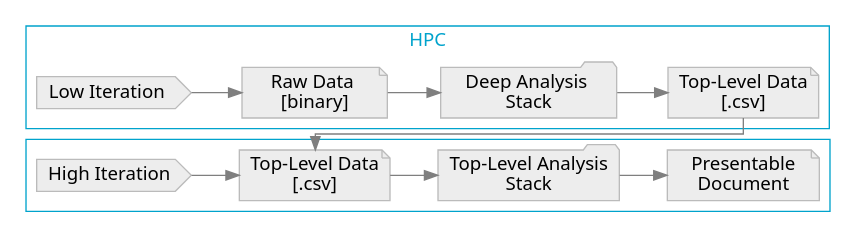
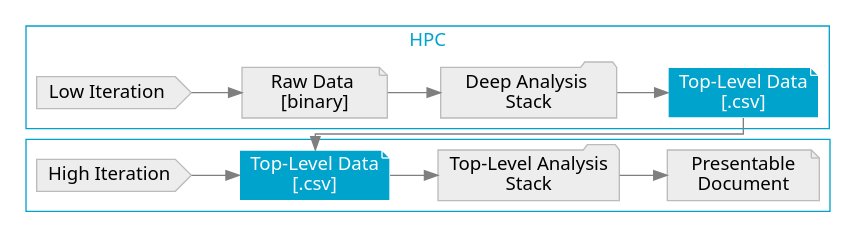
One commit to TheChymera/RepSeP changed the diagram in data/workflow.dot. Above: the diagram before and after it, drawn with Graphviz. The commit also changed 1 other file, not shown here.

```diff
--- a/data/workflow.dot
+++ b/data/workflow.dot
@@ -1,32 +1,32 @@
 digraph graphname {
     size="14,8";
     rankdir="LR";
     splines=ortho;
     graph [fontname = "sans"];
     node [fontname = "sans", style=filled];
     edge [fontname = "sans", color=gray50];
     a[label="Low Iteration   ", shape=cds, color="#BBBBBB", fillcolor=grey93];
     b[label="    Raw Data    \n[binary]", shape=note, color="#BBBBBB", fillcolor=grey93];
     c[label="   Deep Analysis   \nStack", shape=folder, color="#BBBBBB", fillcolor=grey93];
-    d[label="Top-Level Data\n[.csv]", shape=note, color="#BBBBBB", fillcolor=grey93];
+    d[label="Top-Level Data\n[.csv]", shape=note, color="#FFFFFF", fillcolor="#00a3cc", fontcolor="#FFFFFF"];
     e[label="High Iteration  ", shape=cds, color="#BBBBBB", fillcolor=grey93];
-    f[label="Top-Level Data\n[.csv]", shape=note, color="#BBBBBB", fillcolor=grey93];
+    f[label="Top-Level Data\n[.csv]", shape=note, color="#FFFFFF", fillcolor="#00a3cc", fontcolor="#FFFFFF"];
     g[label="Top-Level Analysis\nStack", shape=folder, color="#BBBBBB", fillcolor=grey93];
     h[label="   Presentable  \nDocument", shape=note, color="#BBBBBB", fillcolor=grey93];
     subgraph cluster0 {
         a -> b;
         b -> c;
         c -> d;
         label = "HPC";
         fontcolor = "#00a3cc";
         color = "#00a3cc";
     }
     d:s -> f:n [constraint=false];
     subgraph cluster1 {
         e -> f;
         f -> g;
         g -> h;
         fontcolor = "#00a3cc";
         color = "#00a3cc";
     }
 }
```
